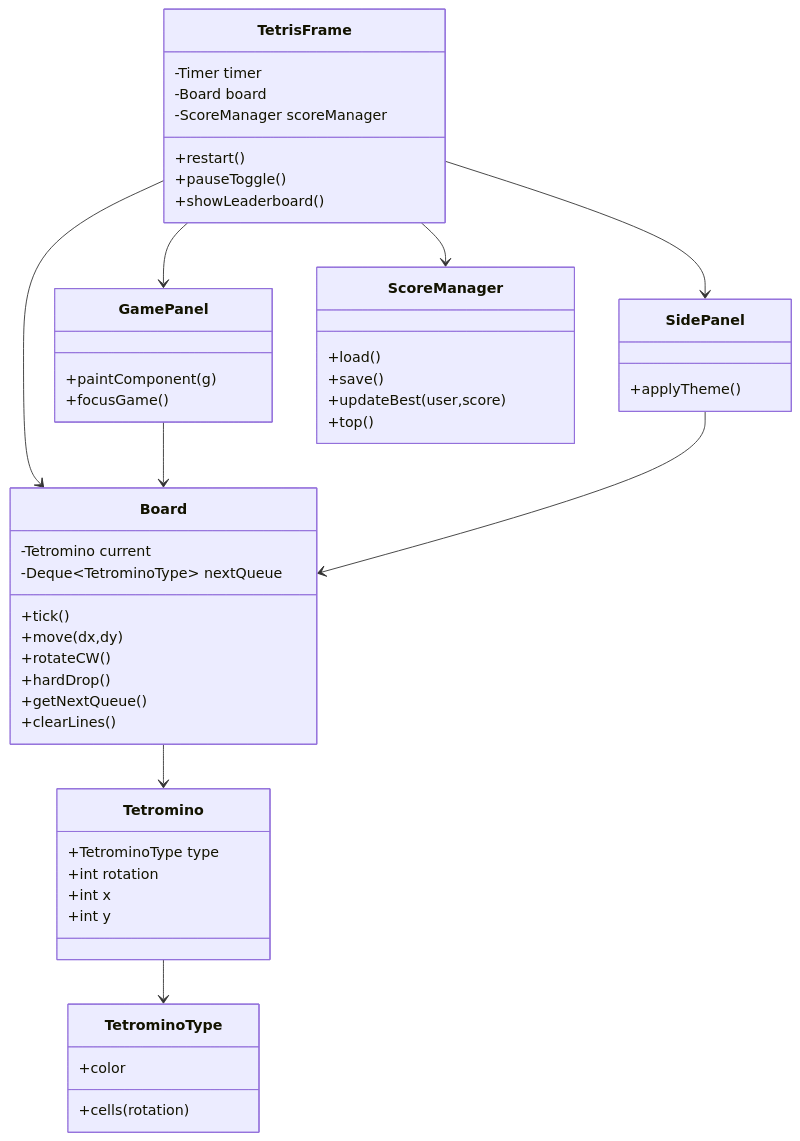
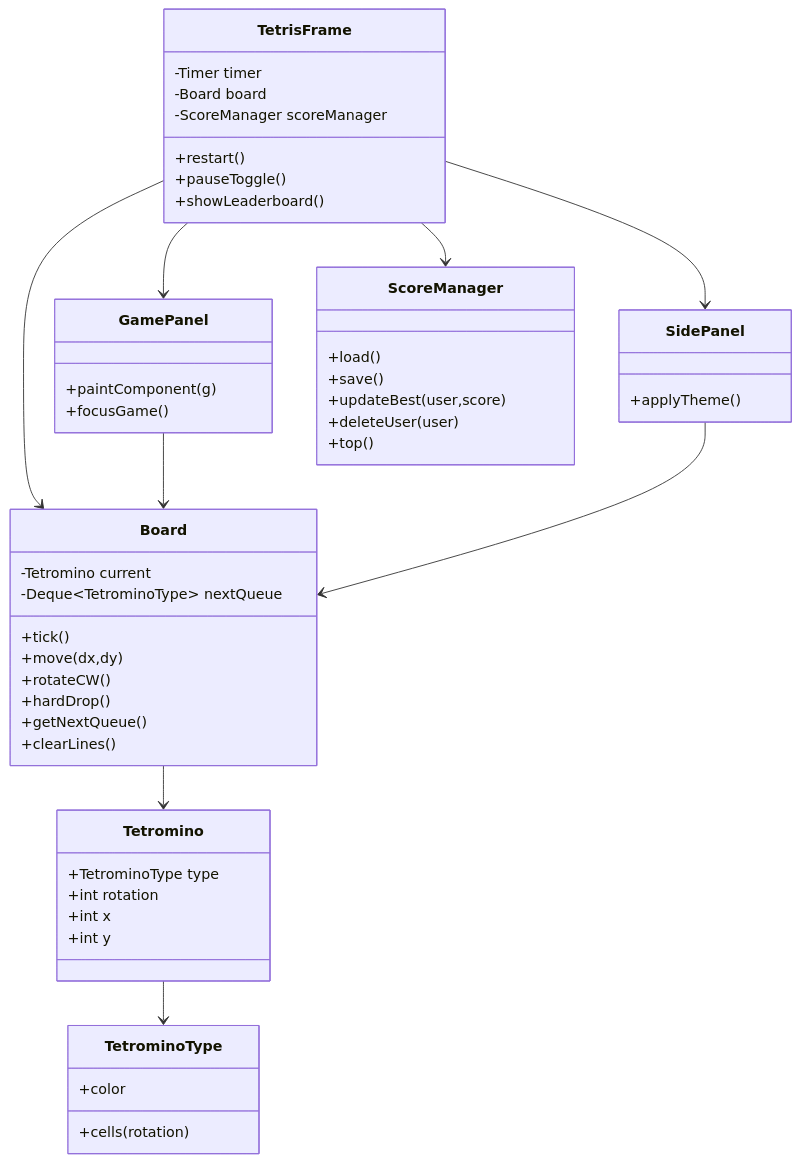
The diagram in doc/overview.md (sleetdrop/jtetris), drawn with Mermaid before and after one commit. The commit also changed other lines of this file and 13 other files, not shown here.

````diff
--- a/doc/overview.md
+++ b/doc/overview.md
@@ -20,52 +20,53 @@
 ```mermaid
 classDiagram
     class TetrisFrame {
         -Timer timer
         -Board board
         -ScoreManager scoreManager
         +restart()
         +pauseToggle()
         +showLeaderboard()
     }
     class GamePanel {
         +paintComponent(g)
         +focusGame()
     }
     class SidePanel {
         +applyTheme()
     }
     class Board {
         -Tetromino current
         -Deque~TetrominoType~ nextQueue
         +tick()
         +move(dx,dy)
         +rotateCW()
         +hardDrop()
         +getNextQueue()
         +clearLines()
     }
     class Tetromino {
         +TetrominoType type
         +int rotation
         +int x
         +int y
     }
     class TetrominoType {
         +cells(rotation)
         +color
     }
     class ScoreManager {
         +load()
         +save()
         +updateBest(user,score)
+        +deleteUser(user)
         +top()
     }
     TetrisFrame --> Board
     TetrisFrame --> ScoreManager
     TetrisFrame --> GamePanel
     TetrisFrame --> SidePanel
     GamePanel --> Board
     SidePanel --> Board
     Board --> Tetromino
     Tetromino --> TetrominoType
 ```
````
